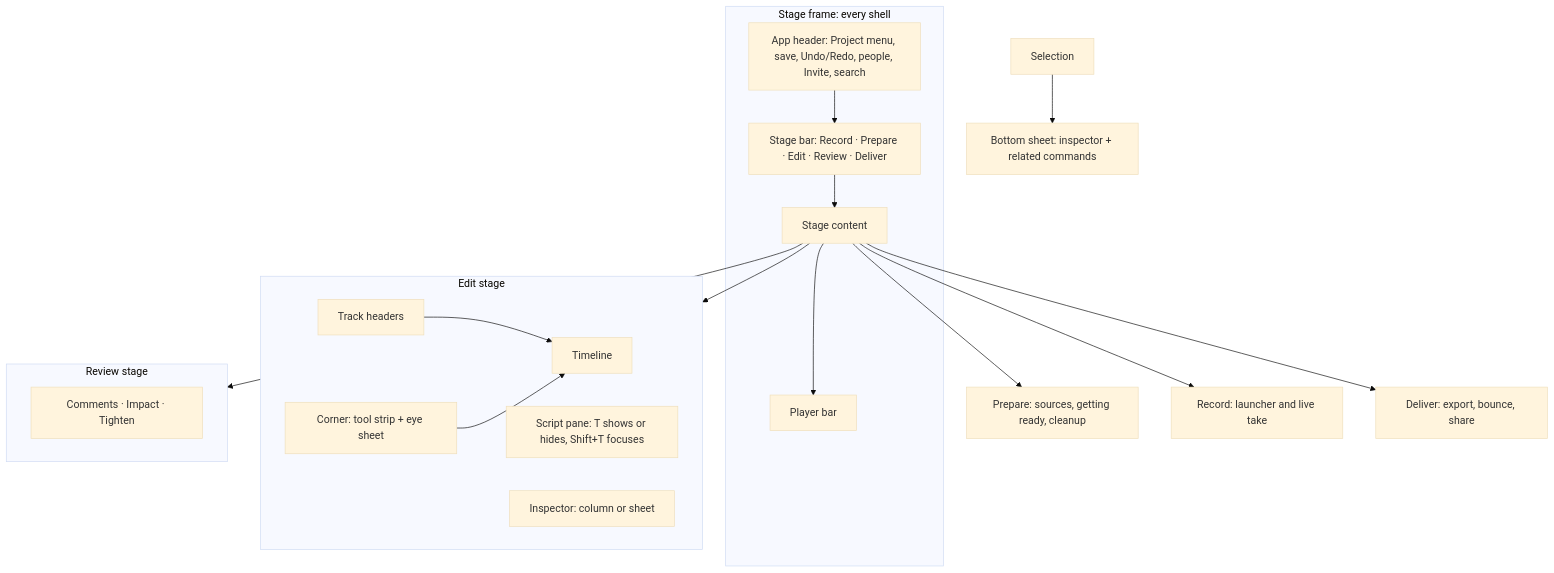
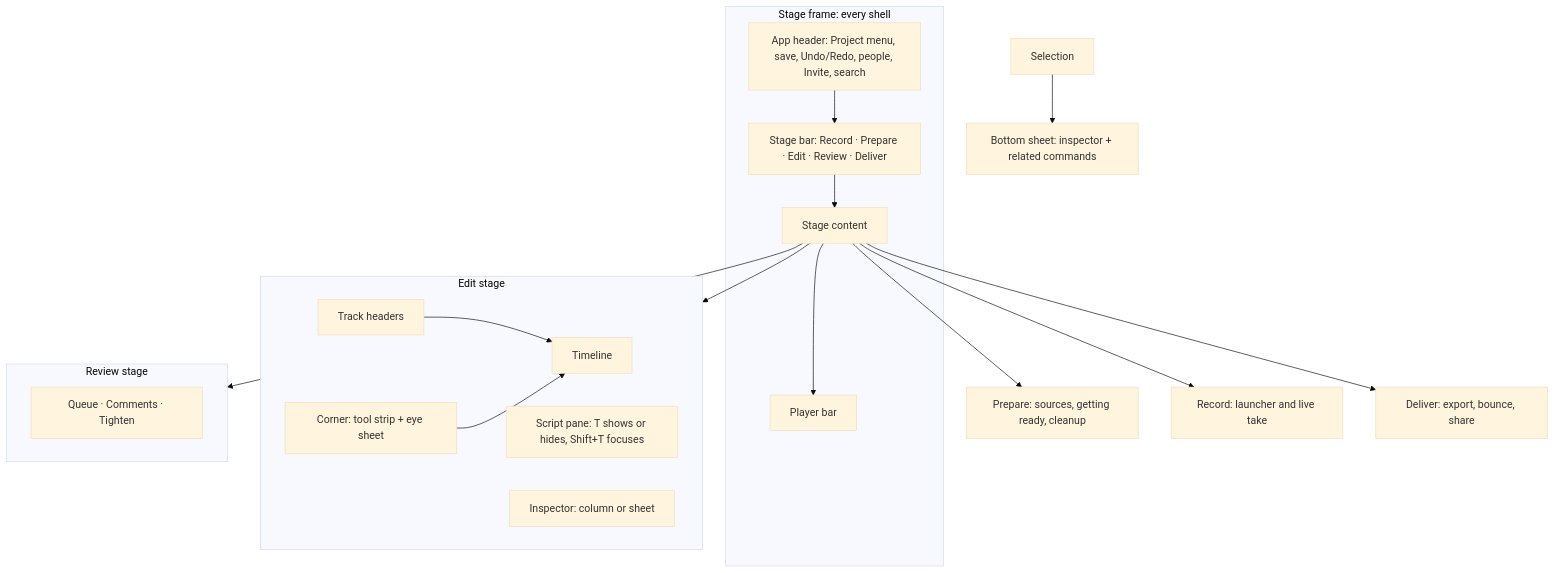
Before and after one commit to calebn/sharecut-studio: the first of 3 diagrams in ux/pages/screen-inventory.md, drawn with Mermaid (base theme). The commit also changed other lines of this file and 10 other files, not shown here.

First line of the commit message:
docs(ux): name the Review Queue where the pages said Impact

````diff
--- a/ux/pages/screen-inventory.md
+++ b/ux/pages/screen-inventory.md
@@ -40,28 +40,28 @@
 ```mermaid
 flowchart TB
   subgraph frame [Stage frame: every shell]
     HD[App header: Project menu, save, Undo/Redo, people, Invite, search]
     SB[Stage bar: Record · Prepare · Edit · Review · Deliver]
     ST[Stage content]
     PL[Player bar]
     HD --> SB --> ST --> PL
   end
 
   subgraph edit [Edit stage]
     TH[Track headers] --> TIM[Timeline]
     CORNER[Corner: tool strip + eye sheet] --> TIM
     SC[Script pane: T shows or hides, Shift+T focuses]
     INS[Inspector: column or sheet]
   end
 
   subgraph review [Review stage]
-    RV[Comments · Impact · Tighten]
+    RV[Queue · Comments · Tighten]
   end
 
   ST --> edit
   ST --> review
   ST --> PREP[Prepare: sources, getting ready, cleanup]
   ST --> REC[Record: launcher and live take]
   ST --> DEL[Deliver: export, bounce, share]
   SEL[Selection] --> BS[Bottom sheet: inspector + related commands]
 ```
````
